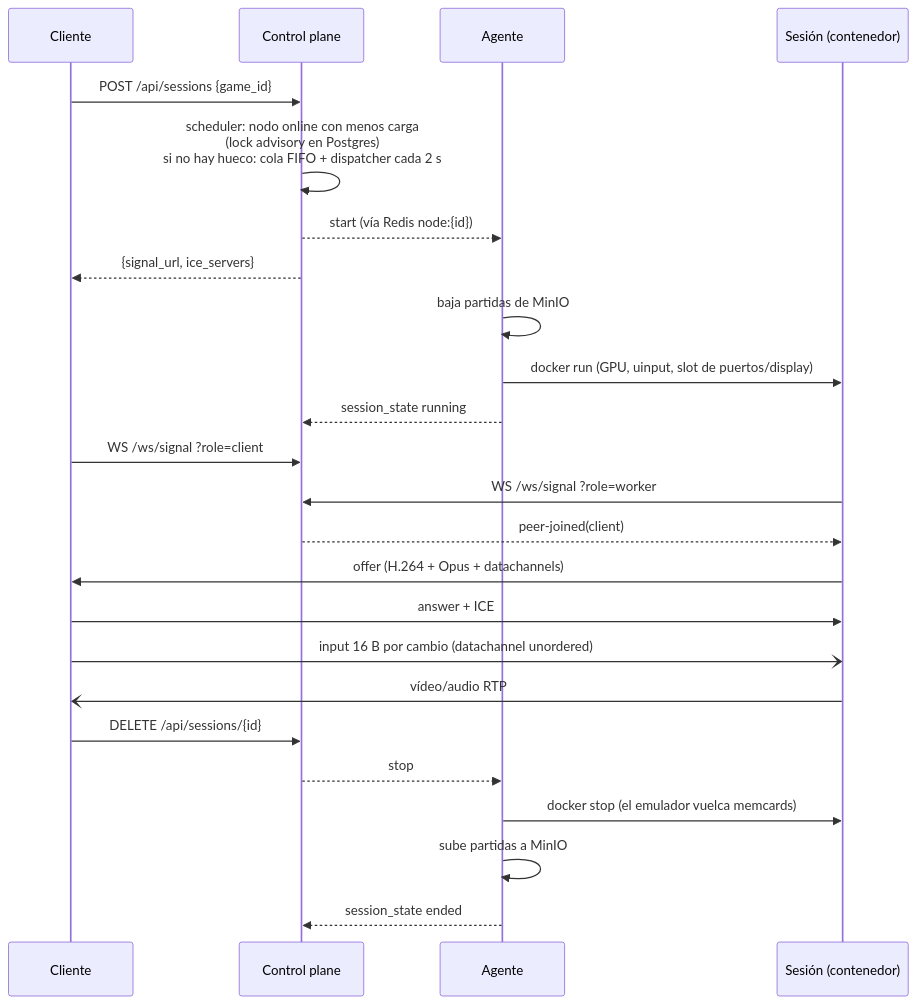
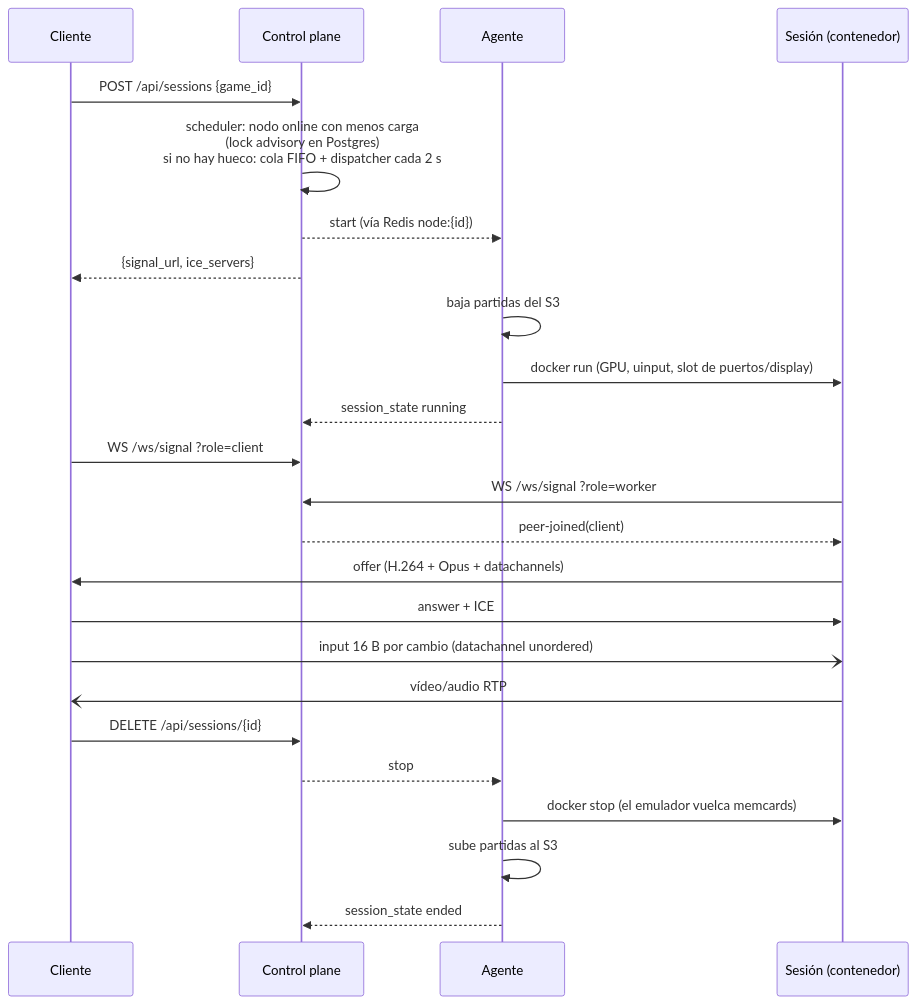
One commit to fieropirata275/CloudPlay changed the second of 2 diagrams in docs/ARCHITECTURE.md. Above: the diagram before and after it, drawn with Mermaid. The commit also changed other lines of this file and 64 other files, not shown here.

````diff
--- a/docs/ARCHITECTURE.md
+++ b/docs/ARCHITECTURE.md
@@ -46,26 +46,26 @@
 ```mermaid
 sequenceDiagram
   participant C as Cliente
   participant API as Control plane
   participant AG as Agente
   participant S as Sesión (contenedor)
   C->>API: POST /api/sessions {game_id}
   API->>API: scheduler: nodo online con menos carga<br/>(lock advisory en Postgres)<br/>si no hay hueco: cola FIFO + dispatcher cada 2 s
   API-->>AG: start (vía Redis node:{id})
   API-->>C: {signal_url, ice_servers}
-  AG->>AG: baja partidas de MinIO
+  AG->>AG: baja partidas del S3
   AG->>S: docker run (GPU, uinput, slot de puertos/display)
   AG-->>API: session_state running
   C->>API: WS /ws/signal ?role=client
   S->>API: WS /ws/signal ?role=worker
   API-->>S: peer-joined(client)
   S->>C: offer (H.264 + Opus + datachannels)
   C->>S: answer + ICE
   C-)S: input 16 B por cambio (datachannel unordered)
   S-)C: vídeo/audio RTP
   C->>API: DELETE /api/sessions/{id}
   API-->>AG: stop
   AG->>S: docker stop (el emulador vuelca memcards)
-  AG->>AG: sube partidas a MinIO
+  AG->>AG: sube partidas al S3
   AG-->>API: session_state ended
 ```
````
